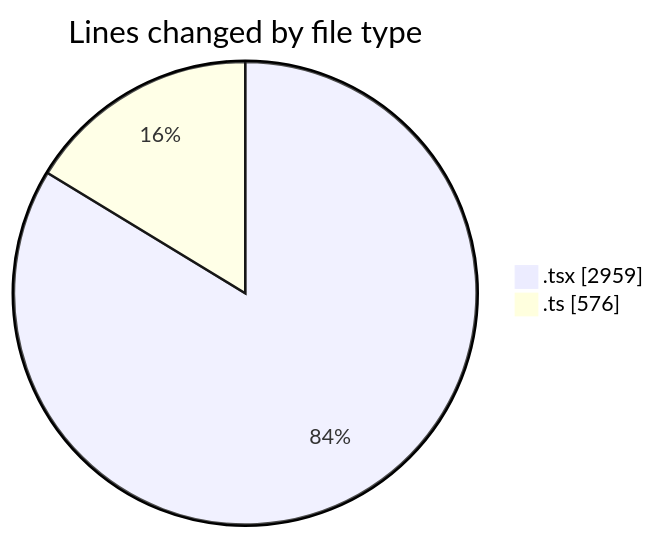
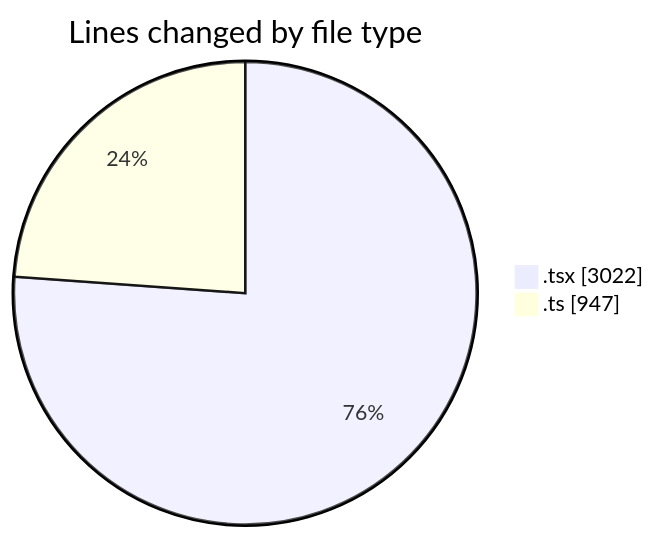
Before and after one commit to nxtqubesakshisongat/code-tracking: the first of 2 diagrams in 2026-02-22/nxtqube_webapp/README.md, drawn with Mermaid. The commit also changed other lines of this file and 1 other file, not shown here.

````diff
--- a/2026-02-22/nxtqube_webapp/README.md
+++ b/2026-02-22/nxtqube_webapp/README.md
@@ -22,6 +23,6 @@
 ```mermaid
 pie showData
 title Lines changed by file type
-".tsx" : 2959
-".ts" : 576
+".tsx" : 3022
+".ts" : 947
 ```
````
